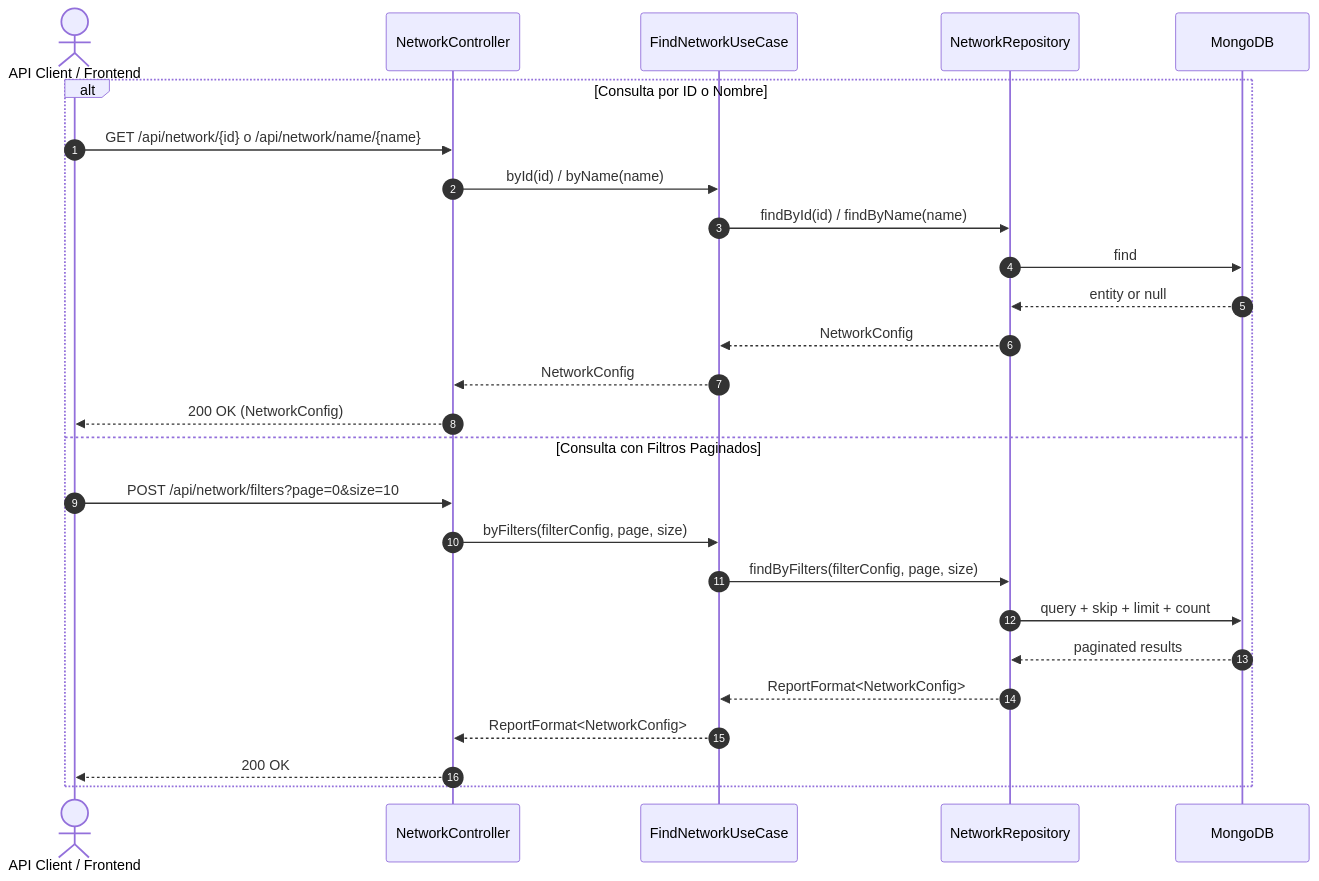
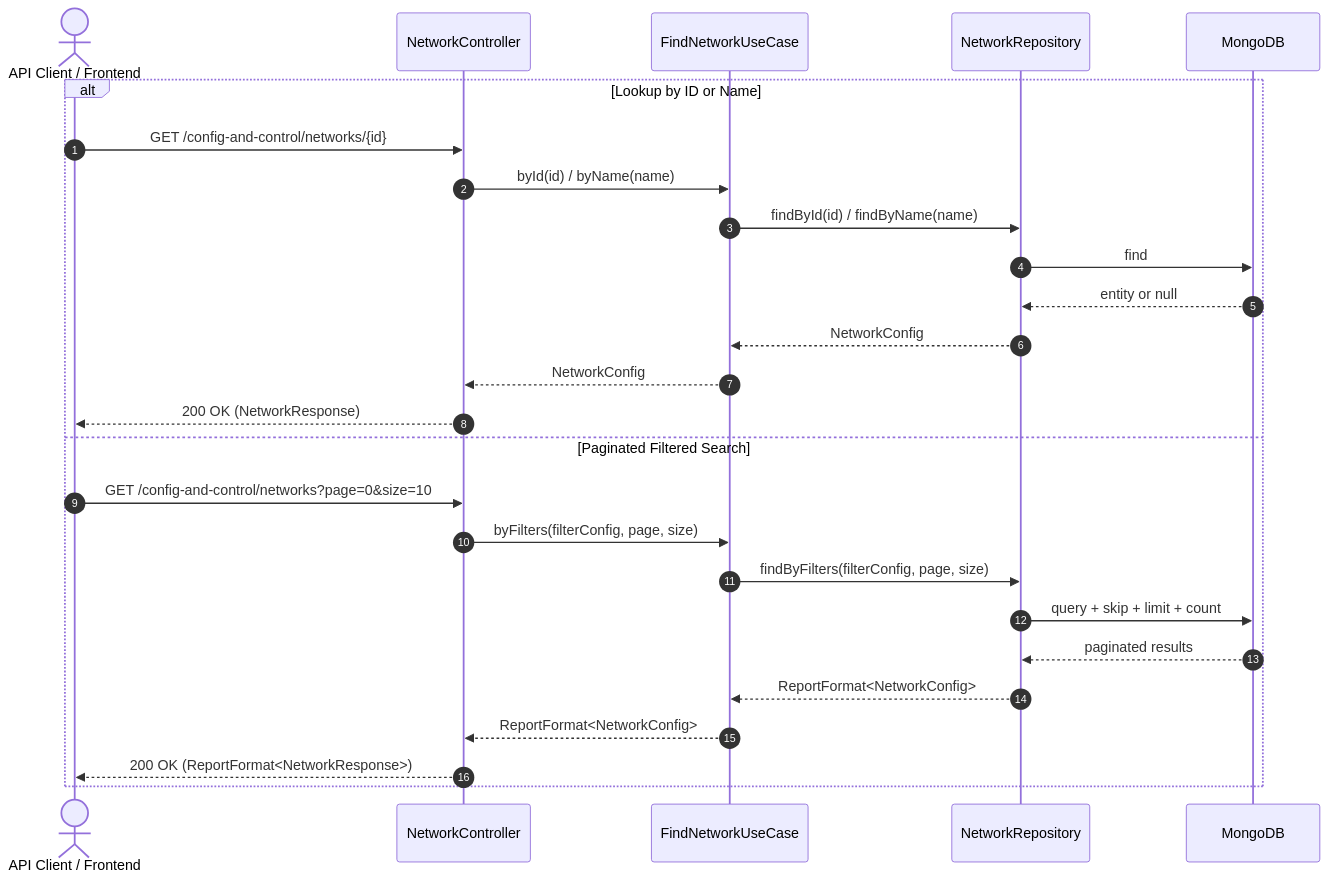
One commit to Biopatternsg-ms/config-and-control changed the diagram in .agents/use_cases/FindNetworkUseCase.md. Above: the diagram before and after it, drawn with Mermaid. The commit also changed other lines of this file and 16 other files, not shown here.

````diff
--- a/.agents/use_cases/FindNetworkUseCase.md
+++ b/.agents/use_cases/FindNetworkUseCase.md
@@ -25,29 +25,29 @@
 ```mermaid
 sequenceDiagram
     autonumber
-    actor Cliente as API Client / Frontend
+    actor Client as API Client / Frontend
     participant Controller as NetworkController
     participant UseCase as FindNetworkUseCase
     participant Repo as NetworkRepository
     participant DB as MongoDB
 
-    alt Consulta por ID o Nombre
-        Cliente->>Controller: GET /api/network/{id} o /api/network/name/{name}
+    alt Lookup by ID or Name
+        Client->>Controller: GET /config-and-control/networks/{id}
         Controller->>UseCase: byId(id) / byName(name)
         UseCase->>Repo: findById(id) / findByName(name)
         Repo->>DB: find
         DB-->>Repo: entity or null
         Repo-->>UseCase: NetworkConfig
         UseCase-->>Controller: NetworkConfig
-        Controller-->>Cliente: 200 OK (NetworkConfig)
-    else Consulta con Filtros Paginados
-        Cliente->>Controller: POST /api/network/filters?page=0&size=10
+        Controller-->>Client: 200 OK (NetworkResponse)
+    else Paginated Filtered Search
+        Client->>Controller: GET /config-and-control/networks?page=0&size=10
         Controller->>UseCase: byFilters(filterConfig, page, size)
         UseCase->>Repo: findByFilters(filterConfig, page, size)
         Repo->>DB: query + skip + limit + count
         DB-->>Repo: paginated results
         Repo-->>UseCase: ReportFormat<NetworkConfig>
         UseCase-->>Controller: ReportFormat<NetworkConfig>
-        Controller-->>Cliente: 200 OK
+        Controller-->>Client: 200 OK (ReportFormat<NetworkResponse>)
     end
 ```
````
